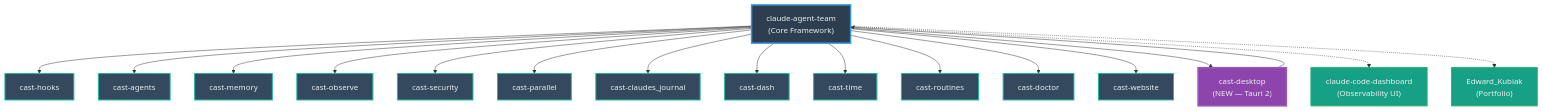
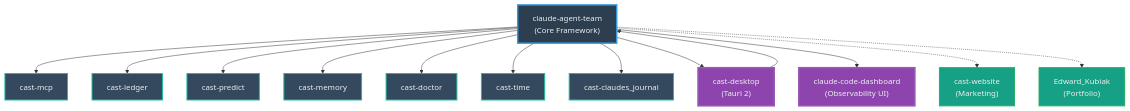
Before and after one commit to ek33450505/claude-agent-team: the diagram in docs/ecosystem.md, drawn with Mermaid. The commit also changed other lines of this file and 6 other files, not shown here.

````diff
--- a/docs/ecosystem.md
+++ b/docs/ecosystem.md
@@ -80,33 +77,29 @@
 ```mermaid
 graph TD
     CAT["claude-agent-team<br/>(Core Framework)"]
 
-    CAT --> CH["cast-hooks"]
-    CAT --> CA["cast-agents"]
+    CAT --> CMCP["cast-mcp"]
+    CAT --> CLGR["cast-ledger"]
+    CAT --> CPRD["cast-predict"]
     CAT --> CM["cast-memory"]
-    CAT --> CO["cast-observe"]
-    CAT --> CS["cast-security"]
-    CAT --> CP["cast-parallel"]
+    CAT --> CDR["cast-doctor"]
+    CAT --> CT["cast-time"]
     CAT --> CJ["cast-claudes_journal"]
-    CAT --> CD["cast-dash"]
-    CAT --> CT["cast-time"]
-    CAT --> CR["cast-routines"]
-    CAT --> CDR["cast-doctor"]
-    CAT --> CW["cast-website"]
 
-    CAT --> CDESK["cast-desktop<br/>(NEW — Tauri 2)"]
+    CAT --> CDESK["cast-desktop<br/>(Tauri 2)"]
     CDESK --> CAT
+    CAT --> DI["claude-code-dashboard<br/>(Observability UI)"]
 
-    CAT -.-> DI["claude-code-dashboard<br/>(Observability UI)"]
+    CAT -.-> CW["cast-website<br/>(Marketing)"]
     CAT -.-> PF["Edward_Kubiak<br/>(Portfolio)"]
 
     classDef core fill:#2c3e50,stroke:#3498db,stroke-width:3px,color:#ecf0f1
     classDef sources fill:#34495e,stroke:#1abc9c,stroke-width:2px,color:#ecf0f1
     classDef products fill:#16a085,stroke:#27ae60,stroke-width:2px,color:#ecf0f1
     classDef desktop fill:#8e44ad,stroke:#9b59b6,stroke-width:3px,color:#ecf0f1
 
     class CAT core
-    class CH,CA,CM,CO,CS,CP,CJ,CD,CT,CR,CDR,CW sources
-    class DI,PF products
-    class CDESK desktop
+    class CMCP,CLGR,CPRD,CM,CDR,CT,CJ sources
+    class CW,PF products
+    class CDESK,DI desktop
 ```
````
